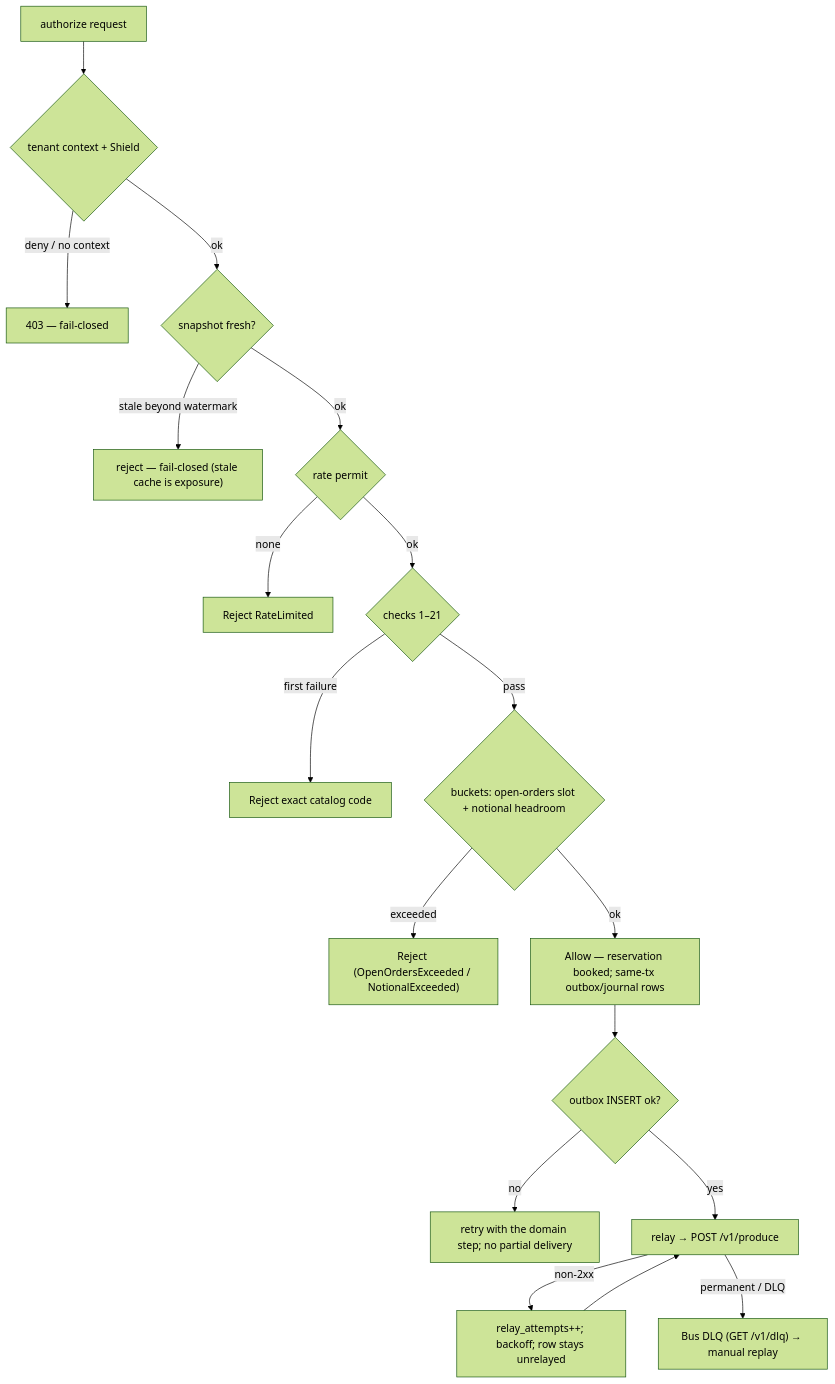
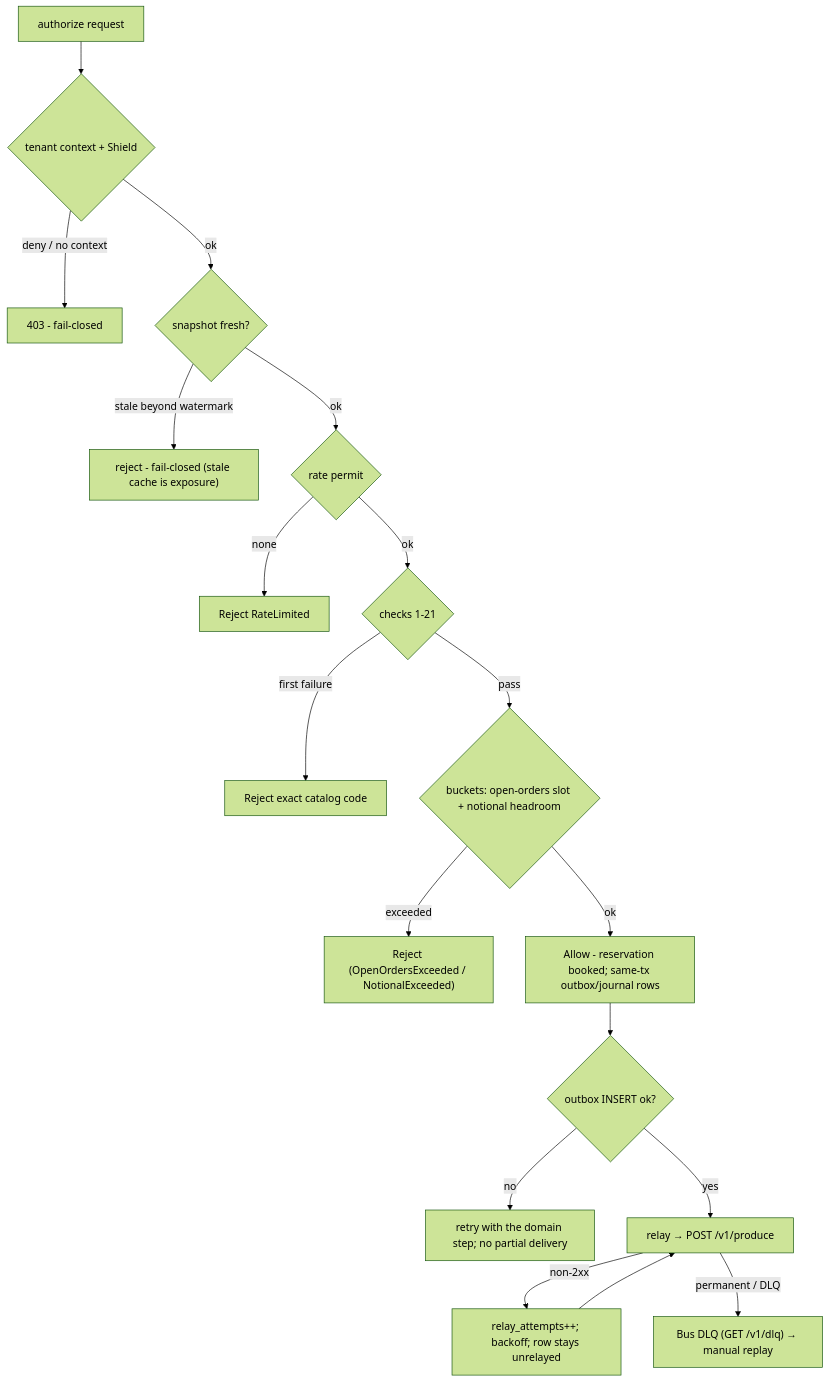
One commit to Exchange8-dev/exchange8-risk changed diagram 11 of 14 in DESIGN.md. Above: the diagram before and after it, drawn with Mermaid (forest theme). The commit also changed other lines of this file and 17 other files, not shown here.

````diff
--- a/DESIGN.md
+++ b/DESIGN.md
@@ -460,20 +460,20 @@
 ```mermaid
 flowchart TD
     REQ["authorize request"] --> CTX{"tenant context + Shield"}
-    CTX -->|deny / no context| R403["403 — fail-closed"]
+    CTX -->|deny / no context| R403["403 - fail-closed"]
     CTX -->|ok| SNAP{"snapshot fresh?"}
-    SNAP -->|stale beyond watermark| RST["reject — fail-closed (stale cache is exposure)"]
+    SNAP -->|stale beyond watermark| RST["reject - fail-closed (stale cache is exposure)"]
     SNAP -->|ok| PER{"rate permit"}
     PER -->|none| RRL["Reject RateLimited"]
-    PER -->|ok| MAT{"checks 1–21"}
+    PER -->|ok| MAT{"checks 1-21"}
     MAT -->|first failure| RCO["Reject exact catalog code"]
     MAT -->|pass| BUC{"buckets: open-orders slot + notional headroom"}
     BUC -->|exceeded| RLX["Reject (OpenOrdersExceeded / NotionalExceeded)"]
-    BUC -->|ok| ALW["Allow — reservation booked; same-tx outbox/journal rows"]
+    BUC -->|ok| ALW["Allow - reservation booked; same-tx outbox/journal rows"]
     ALW --> OB{"outbox INSERT ok?"}
     OB -->|no| RET["retry with the domain step; no partial delivery"]
     OB -->|yes| RLY["relay → POST /v1/produce"]
     RLY -->|non-2xx| RET2["relay_attempts++; backoff; row stays unrelayed"]
     RET2 --> RLY
     RLY -->|permanent / DLQ| DLQ["Bus DLQ (GET /v1/dlq) → manual replay"]
 ```
````
